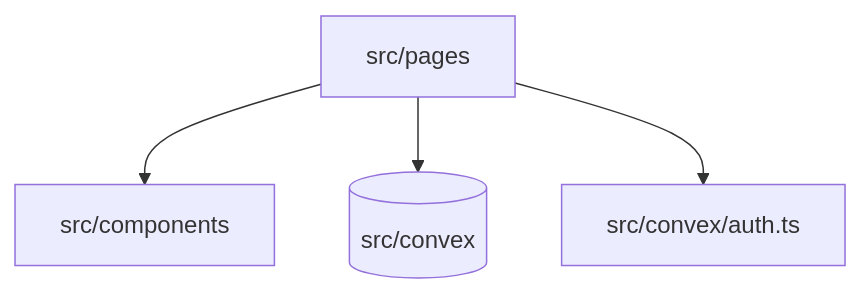
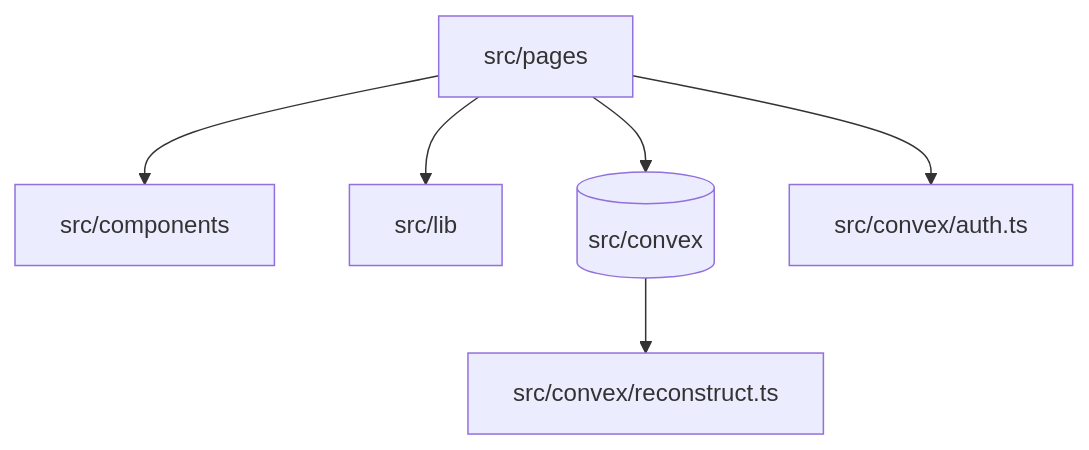
Before and after one commit to walladanger/model-capture: the diagram in README.md, drawn with Mermaid. The commit also changed other lines of this file, not shown here.

````diff
--- a/README.md
+++ b/README.md
@@ -20,11 +20,15 @@
 ```mermaid
 flowchart TD
     Pages[src/pages]
     Components[src/components]
+    Lib[src/lib]
     ConvexBackend[(src/convex)]
     ConvexAuth[src/convex/auth.ts]
+    Reconstruct[src/convex/reconstruct.ts]
 
     Pages --> Components
+    Pages --> Lib
     Pages --> ConvexBackend
     Pages --> ConvexAuth
+    ConvexBackend --> Reconstruct
 ```
````
